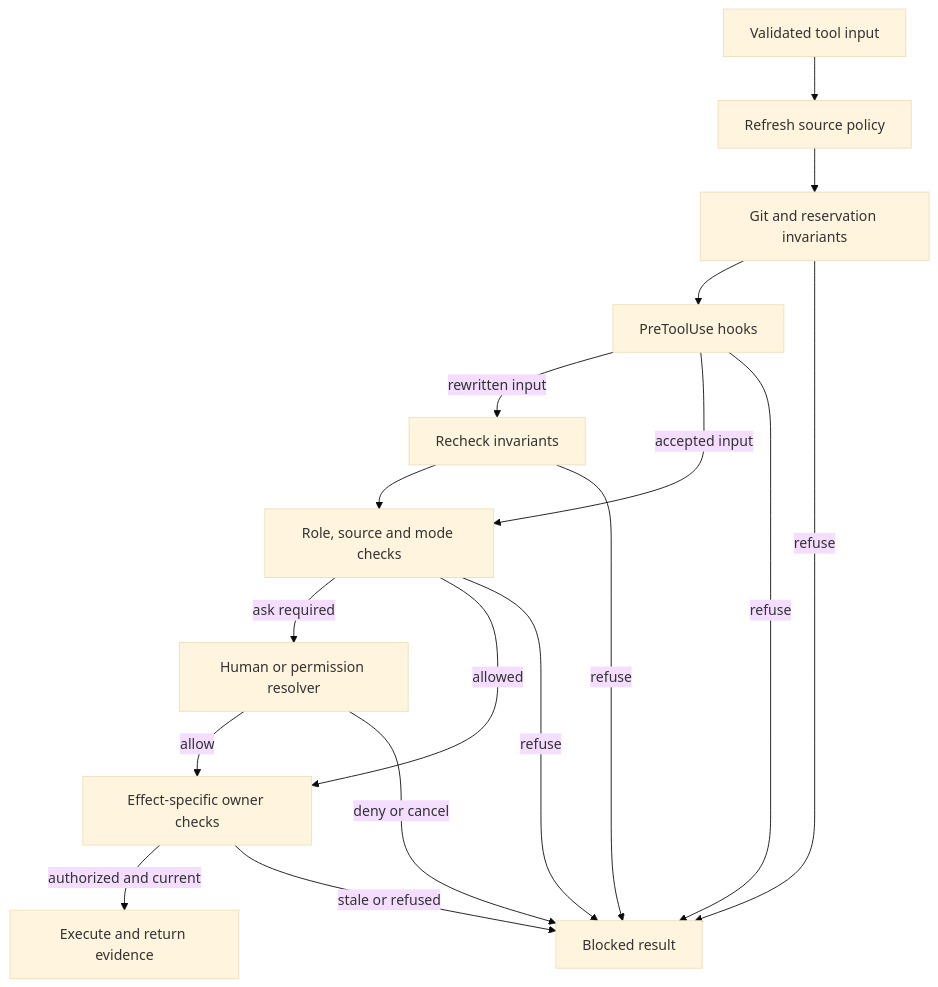
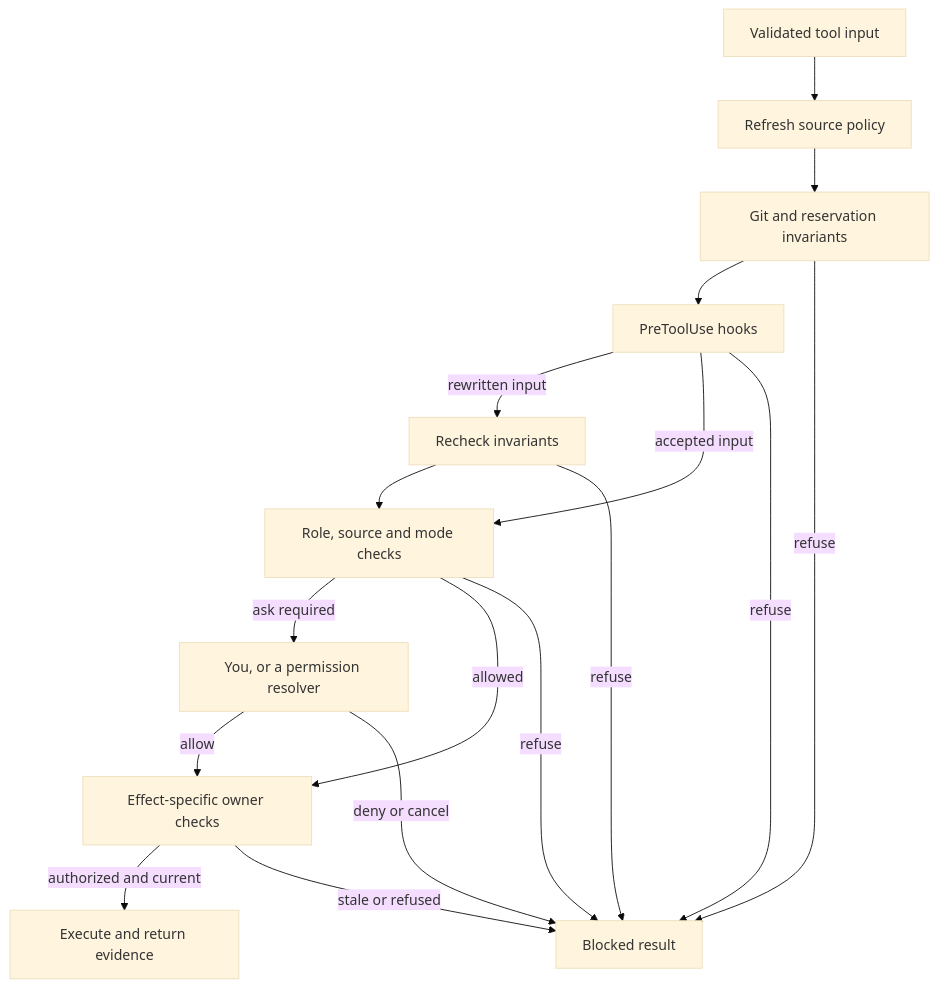
Before and after one commit to bgauryy/octocode-coding-agent: the first of 3 diagrams in docs/EXECUTION_AND_PERMISSIONS.md, drawn with Mermaid (base theme). The commit also changed other lines of this file and 439 other files, not shown here.

````diff
--- a/docs/EXECUTION_AND_PERMISSIONS.md
+++ b/docs/EXECUTION_AND_PERMISSIONS.md
@@ -5,19 +7,19 @@
 ```mermaid
 flowchart TD
   I["Validated tool input"] --> S["Refresh source policy"]
   S --> G["Git and reservation invariants"]
   G --> H["PreToolUse hooks"]
   H -->|rewritten input| R["Recheck invariants"]
   R --> P
   R -->|refuse| X
   H -->|accepted input| P["Role, source and mode checks"]
-  P -->|ask required| U["Human or permission resolver"]
+  P -->|ask required| U["You, or a permission resolver"]
   U -->|allow| O["Effect-specific owner checks"]
   P -->|allowed| O
   G -->|refuse| X["Blocked result"]
   H -->|refuse| X
   U -->|deny or cancel| X
   P -->|refuse| X
   O -->|authorized and current| E["Execute and return evidence"]
   O -->|stale or refused| X
 ```
````
